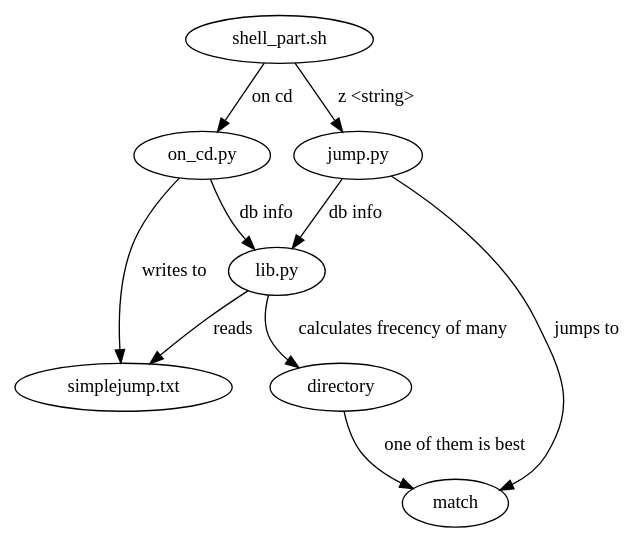
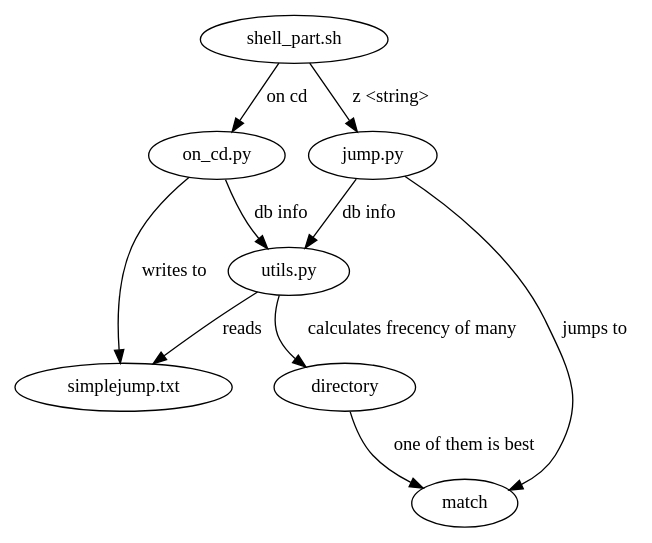
Before and after one commit to JesseAldridge/simplejump: the diagram in simplejump.dot, drawn with Graphviz. The commit also changed 4 other files, not shown here.

```diff
--- a/simplejump.dot
+++ b/simplejump.dot
@@ -1,11 +1,11 @@
 digraph G {
     "shell_part.sh" -> "on_cd.py" [label="on cd"]
     "on_cd.py" -> "simplejump.txt" [label="writes to"]
     "shell_part.sh" -> "jump.py" [label="z <string>"]
     "jump.py" -> "match" [label="jumps to"]
-    "jump.py" -> "lib.py" [label="db info"]
-    "on_cd.py" -> "lib.py" [label="db info"]
-    "lib.py" -> "simplejump.txt" [label="reads"]
-    "lib.py" -> "directory" [label="calculates frecency of many"]
+    "jump.py" -> "utils.py" [label="db info"]
+    "on_cd.py" -> "utils.py" [label="db info"]
+    "utils.py" -> "simplejump.txt" [label="reads"]
+    "utils.py" -> "directory" [label="calculates frecency of many"]
     "directory" -> "match" [label="one of them is best"]
 }
```
